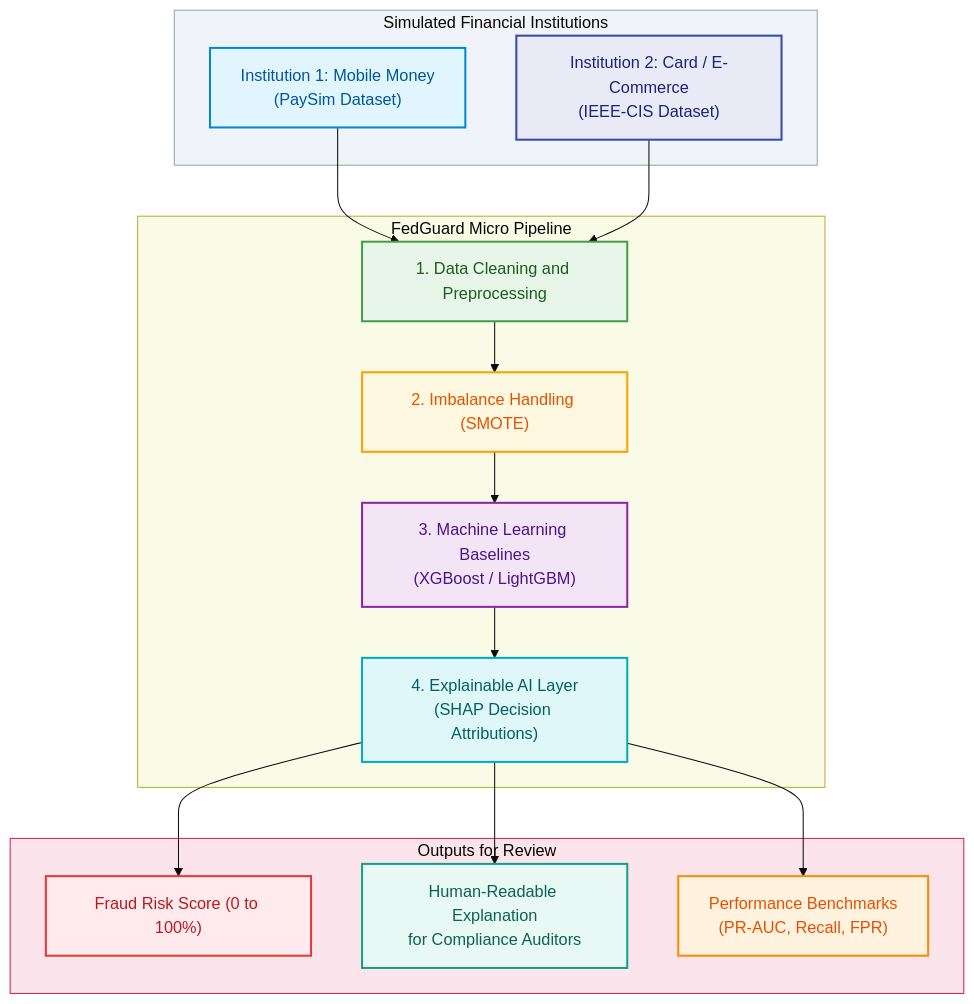
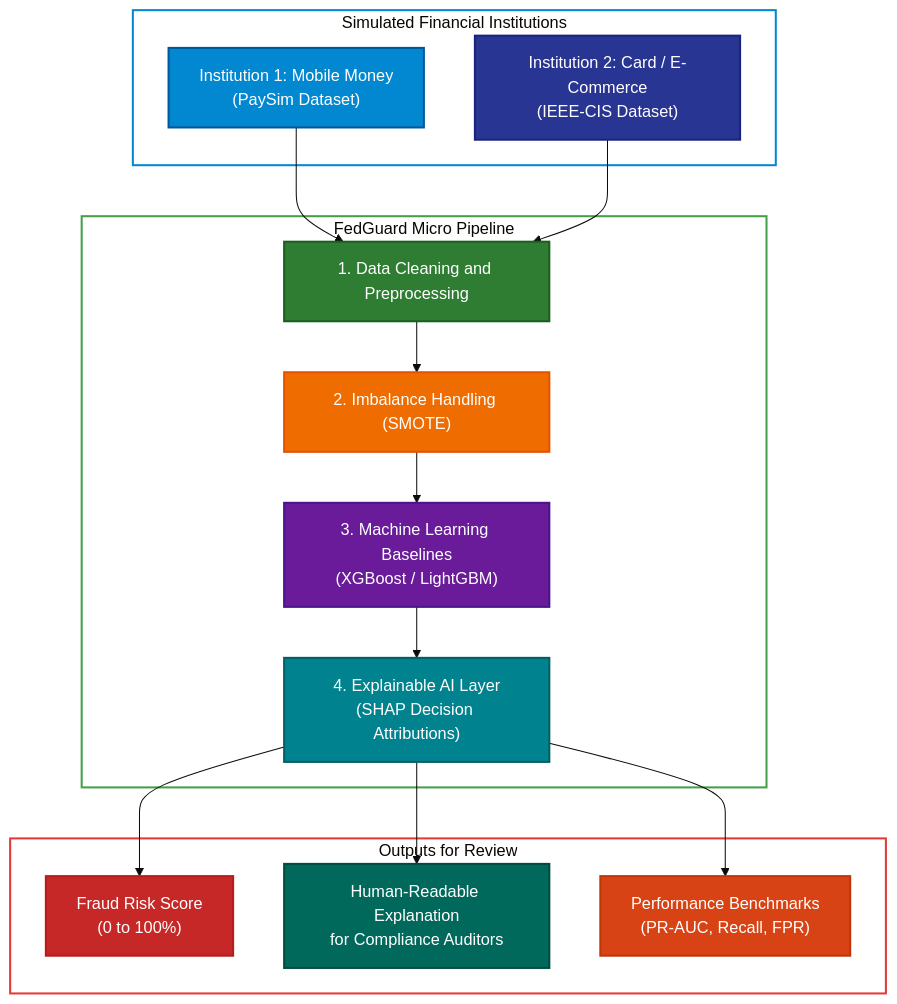
One commit to End-2007/Privacy-Preserving-Multi-Institutional-Financial-Fraud-Detection changed the diagram in README.md. Above: the diagram before and after it, drawn with Mermaid (base theme). The commit also changed 1 other file, not shown here.

````diff
--- a/README.md
+++ b/README.md
@@ -25,44 +25,44 @@
 ```mermaid
 flowchart TD
     subgraph DataSources["Simulated Financial Institutions"]
         D1["Institution 1: Mobile Money\n(PaySim Dataset)"]
         D2["Institution 2: Card / E-Commerce\n(IEEE-CIS Dataset)"]
     end
 
     subgraph MicroPipeline["FedGuard Micro Pipeline"]
         P["1. Data Cleaning and Preprocessing"]
         S["2. Imbalance Handling (SMOTE)"]
         M["3. Machine Learning Baselines\n(XGBoost / LightGBM)"]
         X["4. Explainable AI Layer\n(SHAP Decision Attributions)"]
 
         P --> S
         S --> M
         M --> X
     end
 
     subgraph Deliverables["Outputs for Review"]
-        R1["Fraud Risk Score (0 to 100%)"]
+        R1["Fraud Risk Score\n(0 to 100%)"]
         R2["Human-Readable Explanation\nfor Compliance Auditors"]
         R3["Performance Benchmarks\n(PR-AUC, Recall, FPR)"]
     end
 
     D1 --> P
     D2 --> P
     X --> R1
     X --> R2
     X --> R3
 
-    style DataSources fill:#F0F4F8,stroke:#90A4AE,stroke-width:1px
-    style MicroPipeline fill:#F9FBE7,stroke:#AFB42B,stroke-width:1px
-    style Deliverables fill:#FCE4EC,stroke:#D81B60,stroke-width:1px
+    style DataSources fill:none,stroke:#0288D1,stroke-width:2px
+    style MicroPipeline fill:none,stroke:#43A047,stroke-width:2px
+    style Deliverables fill:none,stroke:#E53935,stroke-width:2px
 
-    style D1 fill:#E1F5FE,stroke:#0288D1,stroke-width:2px,color:#01579B
-    style D2 fill:#E8EAF6,stroke:#3949AB,stroke-width:2px,color:#1A237E
-    style P fill:#E8F5E9,stroke:#43A047,stroke-width:2px,color:#1B5E20
-    style S fill:#FFF8E1,stroke:#FFA000,stroke-width:2px,color:#E65100
-    style M fill:#F3E5F5,stroke:#8E24AA,stroke-width:2px,color:#4A148C
-    style X fill:#E0F7FA,stroke:#00ACC1,stroke-width:2px,color:#006064
-    style R1 fill:#FFEBEE,stroke:#E53935,stroke-width:2px,color:#B71C1C
-    style R2 fill:#E8F8F5,stroke:#16A085,stroke-width:2px,color:#0E6251
-    style R3 fill:#FFF3E0,stroke:#FB8C00,stroke-width:2px,color:#E65100
+    style D1 fill:#0288D1,stroke:#01579B,stroke-width:2px,color:#ffffff
+    style D2 fill:#283593,stroke:#1A237E,stroke-width:2px,color:#ffffff
+    style P fill:#2E7D32,stroke:#1B5E20,stroke-width:2px,color:#ffffff
+    style S fill:#EF6C00,stroke:#E65100,stroke-width:2px,color:#ffffff
+    style M fill:#6A1B9A,stroke:#4A148C,stroke-width:2px,color:#ffffff
+    style X fill:#00838F,stroke:#006064,stroke-width:2px,color:#ffffff
+    style R1 fill:#C62828,stroke:#B71C1C,stroke-width:2px,color:#ffffff
+    style R2 fill:#00695C,stroke:#004D40,stroke-width:2px,color:#ffffff
+    style R3 fill:#D84315,stroke:#BF360C,stroke-width:2px,color:#ffffff
 ```
````
